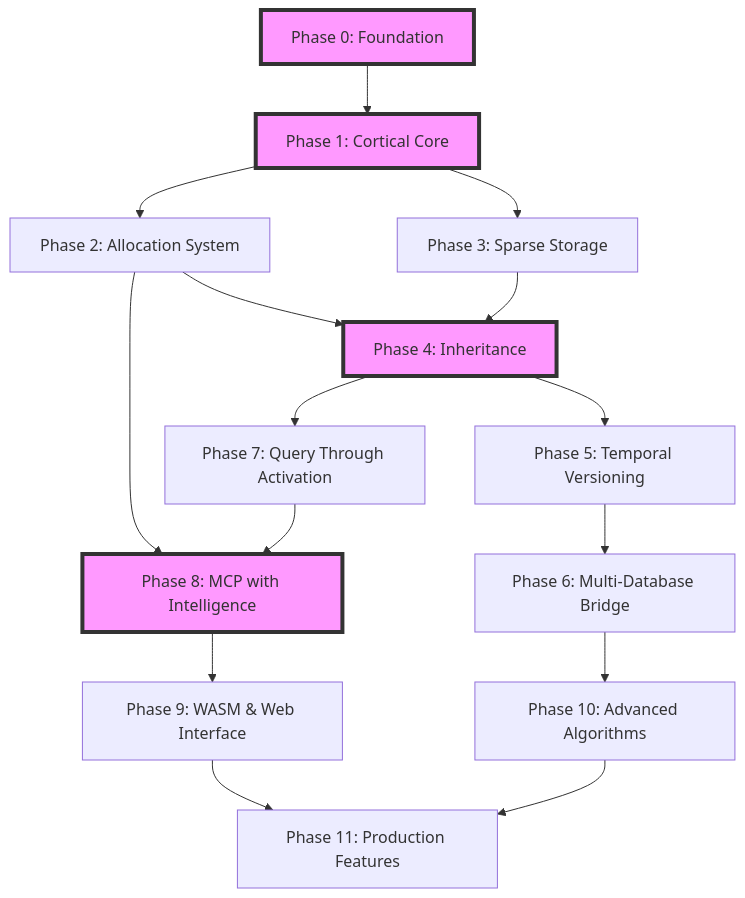
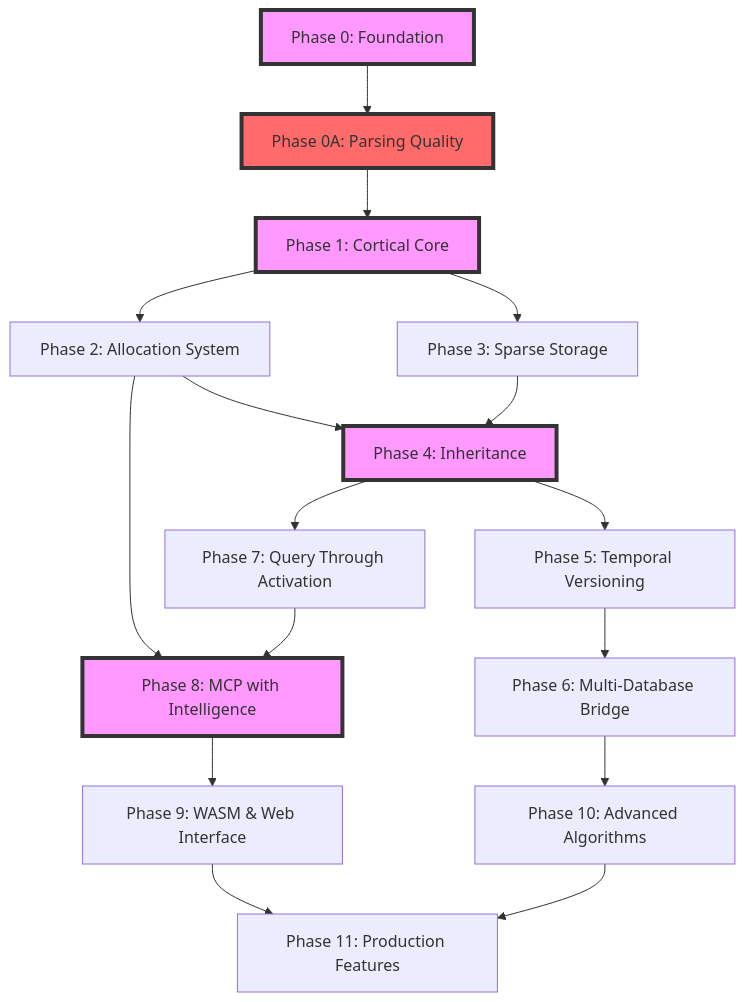
The diagram in docs/allocationplan/MASTER_ARCHITECTURE_PLAN.md (ChrisRoyse/Cortesia), drawn with Mermaid before and after one commit. The commit also changed other lines of this file and 21 other files, not shown here.

First line of the commit message:
feat: Major neuromorphic architecture enhancement with scalability and quality assurance

````diff
--- a/docs/allocationplan/MASTER_ARCHITECTURE_PLAN.md
+++ b/docs/allocationplan/MASTER_ARCHITECTURE_PLAN.md
@@ -330,22 +411,24 @@
 ```mermaid
 graph TD
-    P0[Phase 0: Foundation] --> P1[Phase 1: Cortical Core]
+    P0[Phase 0: Foundation] --> P0A[Phase 0A: Parsing Quality]
+    P0A --> P1[Phase 1: Cortical Core]
     P1 --> P2[Phase 2: Allocation System]
     P1 --> P3[Phase 3: Sparse Storage]
     P2 --> P4[Phase 4: Inheritance]
     P3 --> P4
     P4 --> P5[Phase 5: Temporal Versioning]
     P4 --> P7[Phase 7: Query Through Activation]
     P5 --> P6[Phase 6: Multi-Database Bridge]
     P2 --> P8[Phase 8: MCP with Intelligence]
     P7 --> P8
     P8 --> P9[Phase 9: WASM & Web Interface]
     P6 --> P10[Phase 10: Advanced Algorithms]
     P9 --> P11[Phase 11: Production Features]
     P10 --> P11
     
     style P0 fill:#f9f,stroke:#333,stroke-width:4px
+    style P0A fill:#ff6b6b,stroke:#333,stroke-width:4px
     style P1 fill:#f9f,stroke:#333,stroke-width:4px
     style P4 fill:#f9f,stroke:#333,stroke-width:4px
     style P8 fill:#f9f,stroke:#333,stroke-width:4px
 ```
````
